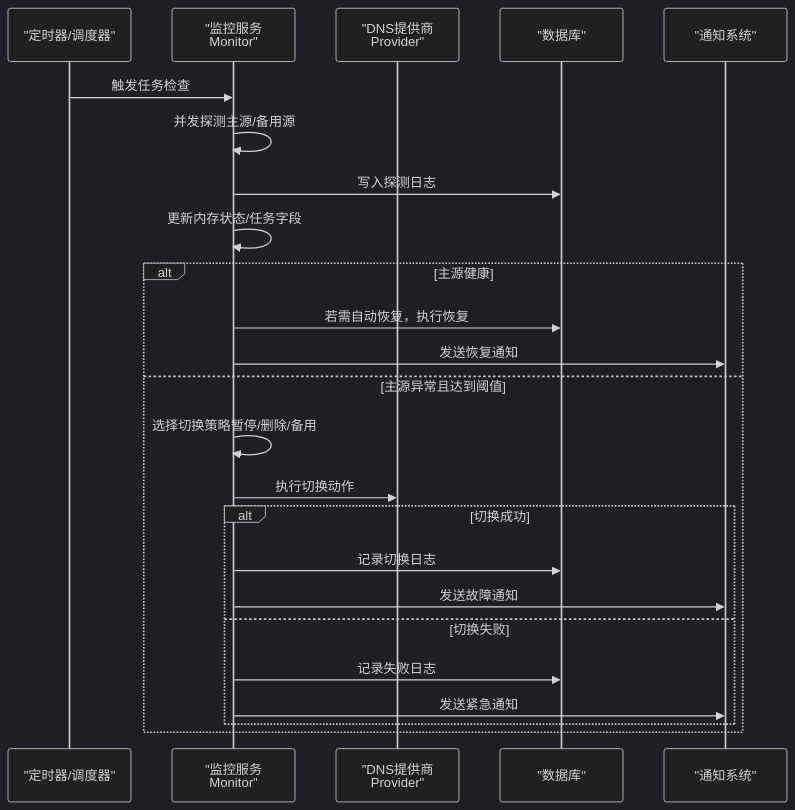
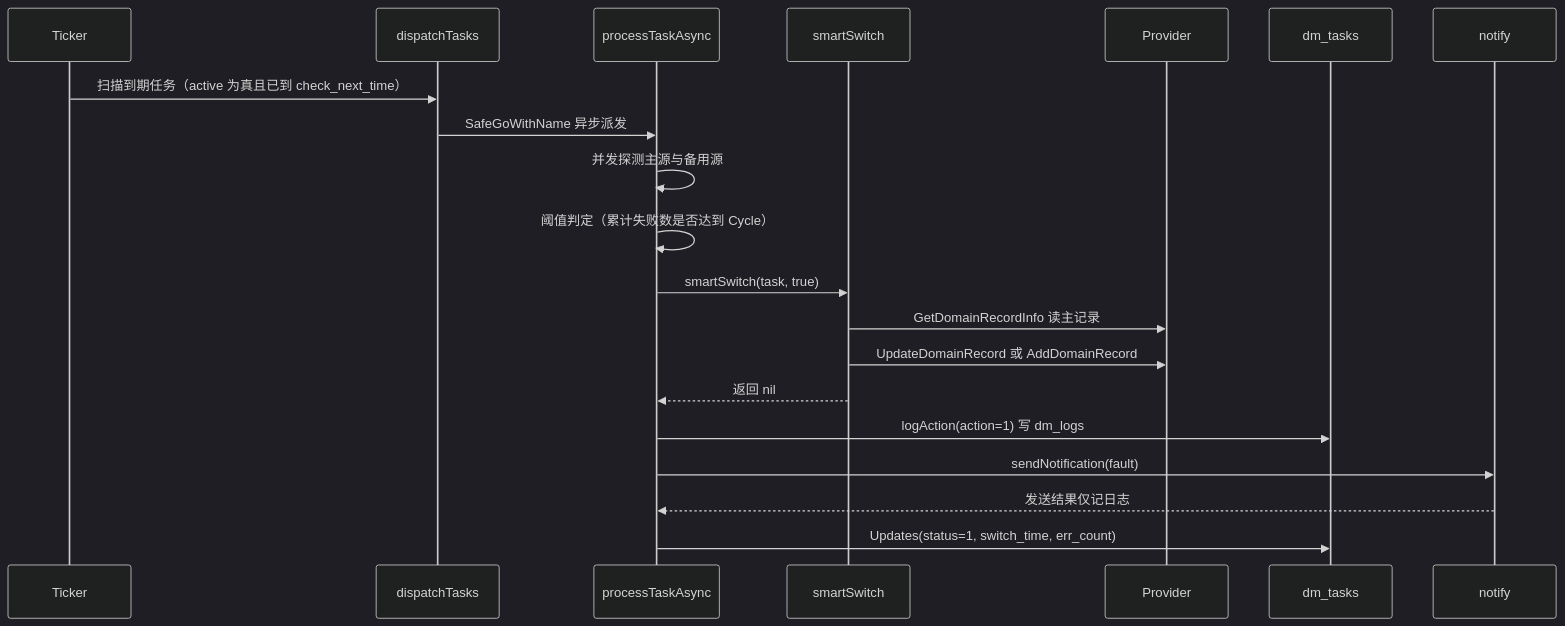
The second of 5 diagrams in docs/监控告警系统/故障切换逻辑.md (x01n/dnsplane), drawn with Mermaid (dark theme) before and after one commit. The commit also changed other lines of this file and 326 other files, not shown here.

````diff
--- a/docs/监控告警系统/故障切换逻辑.md
+++ b/docs/监控告警系统/故障切换逻辑.md
@@ -94,26 +229,22 @@
 ```mermaid
 sequenceDiagram
-participant S as "定时器/调度器"
-participant M as "监控服务<br/>Monitor"
-participant P as "DNS提供商<br/>Provider"
-participant DB as "数据库"
-participant N as "通知系统"
-S->>M : 触发任务检查
-M->>M : 并发探测主源/备用源
-M->>DB : 写入探测日志
-M->>M : 更新内存状态/任务字段
-alt 主源健康
-M->>DB : 若需自动恢复，执行恢复
-M->>N : 发送恢复通知
-else 主源异常且达到阈值
-M->>M : 选择切换策略暂停/删除/备用
-M->>P : 执行切换动作
-alt 切换成功
-M->>DB : 记录切换日志
-M->>N : 发送故障通知
-else 切换失败
-M->>DB : 记录失败日志
-M->>N : 发送紧急通知
-end
-end
+    participant T as Ticker
+    participant D as dispatchTasks
+    participant P as processTaskAsync
+    participant S as smartSwitch
+    participant PR as Provider
+    participant DB as dm_tasks
+    participant N as notify
+    T->>D: 扫描到期任务（active 为真且已到 check_next_time）
+    D->>P: SafeGoWithName 异步派发
+    P->>P: 并发探测主源与备用源
+    P->>P: 阈值判定（累计失败数是否达到 Cycle）
+    P->>S: smartSwitch(task, true)
+    S->>PR: GetDomainRecordInfo 读主记录
+    S->>PR: UpdateDomainRecord 或 AddDomainRecord
+    S-->>P: 返回 nil
+    P->>DB: logAction(action=1) 写 dm_logs
+    P->>N: sendNotification(fault)
+    N-->>P: 发送结果仅记日志
+    P->>DB: Updates(status=1, switch_time, err_count)
 ```
````
